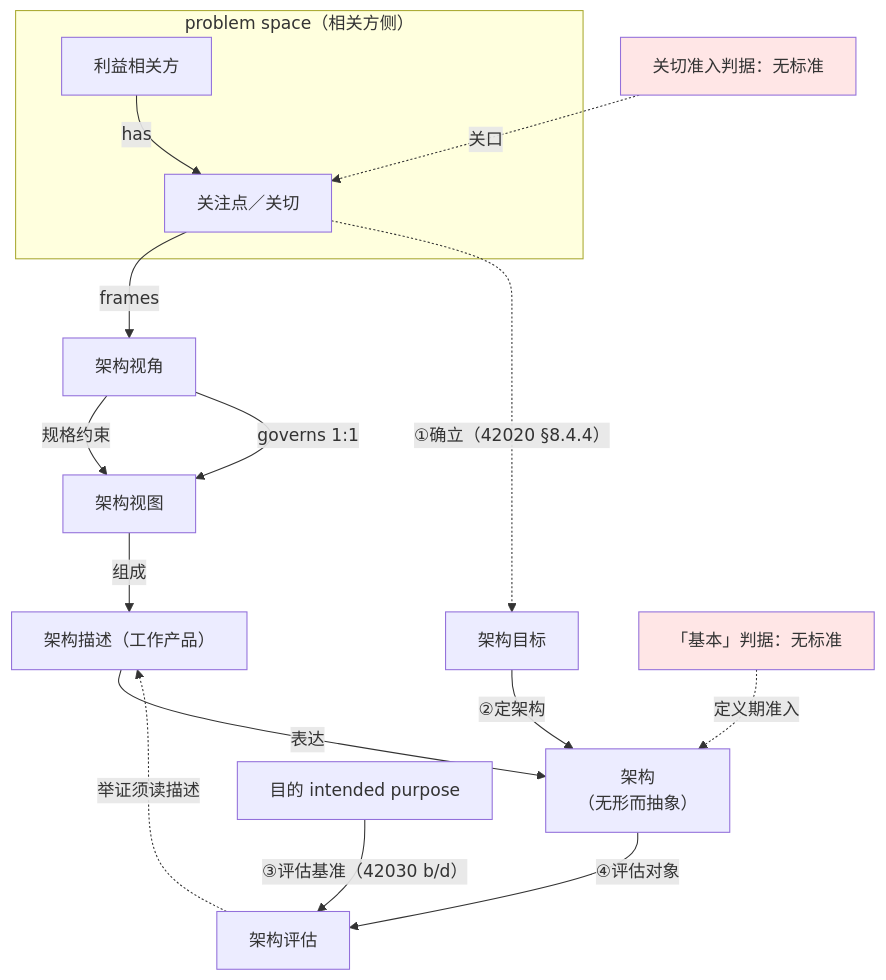
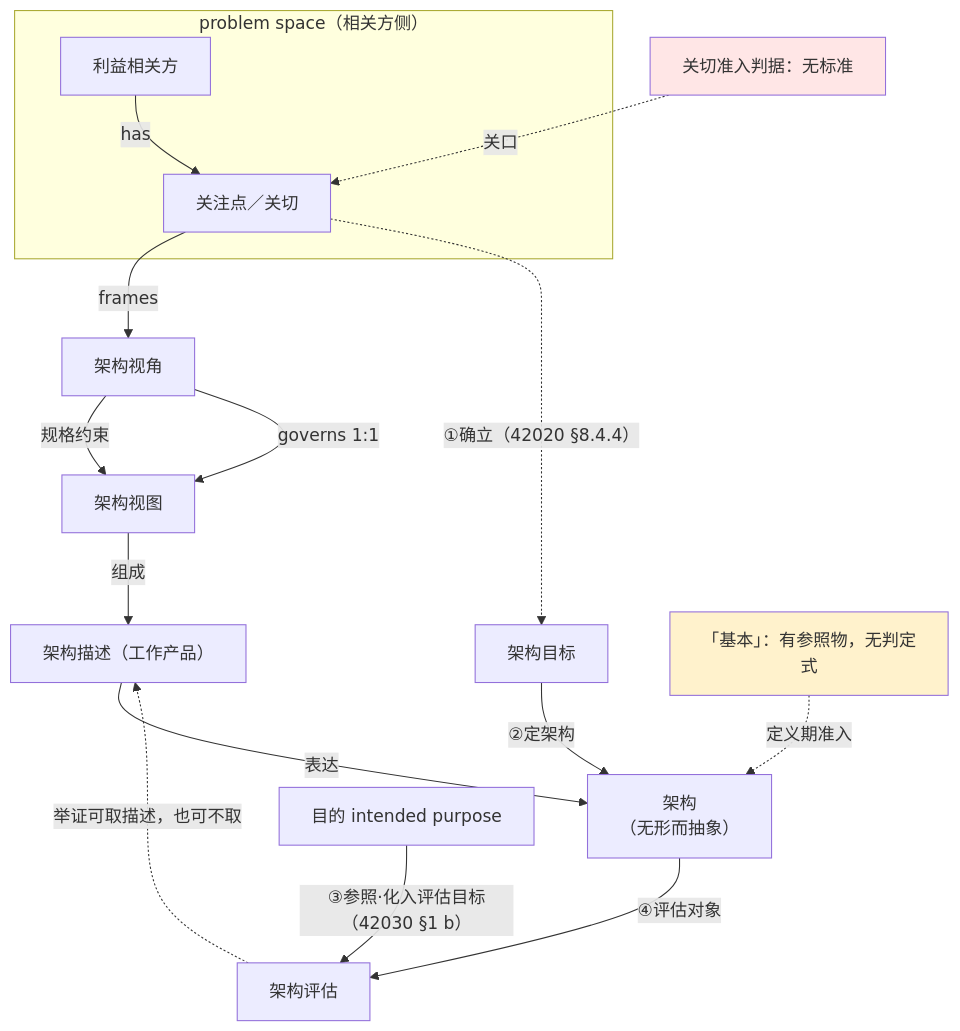
The first of 2 diagrams in 10-系统工程研究/00-系统工程相关研究报告/32-架构视角与关切判据研究报告-从视角集到关切裁决.md (Yongjunzhou/business-Engineering), drawn with Mermaid before and after one commit. The commit also changed other lines of this file and 30 other files, not shown here.

````diff
--- a/10-系统工程研究/00-系统工程相关研究报告/32-架构视角与关切判据研究报告-从视角集到关切裁决.md
+++ b/10-系统工程研究/00-系统工程相关研究报告/32-架构视角与关切判据研究报告-从视角集到关切裁决.md
@@ -60,20 +61,20 @@
 ```mermaid
 flowchart TB
     subgraph P["problem space（相关方侧）"]
         SH["利益相关方"] -->|"has"| C["关注点／关切"]
     end
     C -->|"frames"| VP["架构视角"]
     VP -->|"规格约束"| V["架构视图"]
     VP -->|"governs 1:1"| V
     V -->|"组成"| AD["架构描述（工作产品）"]
     AD -->|"表达"| A["架构<br/>（无形而抽象）"]
     C -.->|"①确立（42020 §8.4.4）"| O["架构目标"]
     O -->|"②定架构"| A
-    PP["目的 intended purpose"] -->|"③评估基准（42030 b/d）"| EV["架构评估"]
+    PP["目的 intended purpose"] -->|"③参照·化入评估目标（42030 §1 b）"| EV["架构评估"]
     A -->|"④评估对象"| EV
-    EV -.->|"举证须读描述"| AD
-    N1["「基本」判据：无标准"] -.->|"定义期准入"| A
+    EV -.->|"举证可取描述，也可不取"| AD
+    N1["「基本」：有参照物，无判定式"] -.->|"定义期准入"| A
     N2["关切准入判据：无标准"] -.->|"关口"| C
-    style N1 fill:#ffe6e6
+    style N1 fill:#fff2cc
     style N2 fill:#ffe6e6
 ```
````
